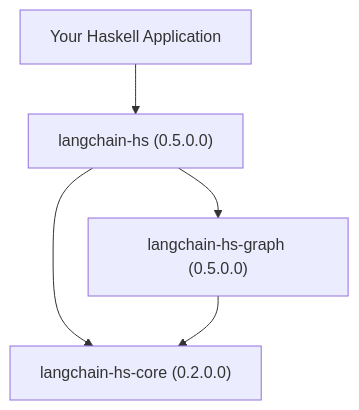
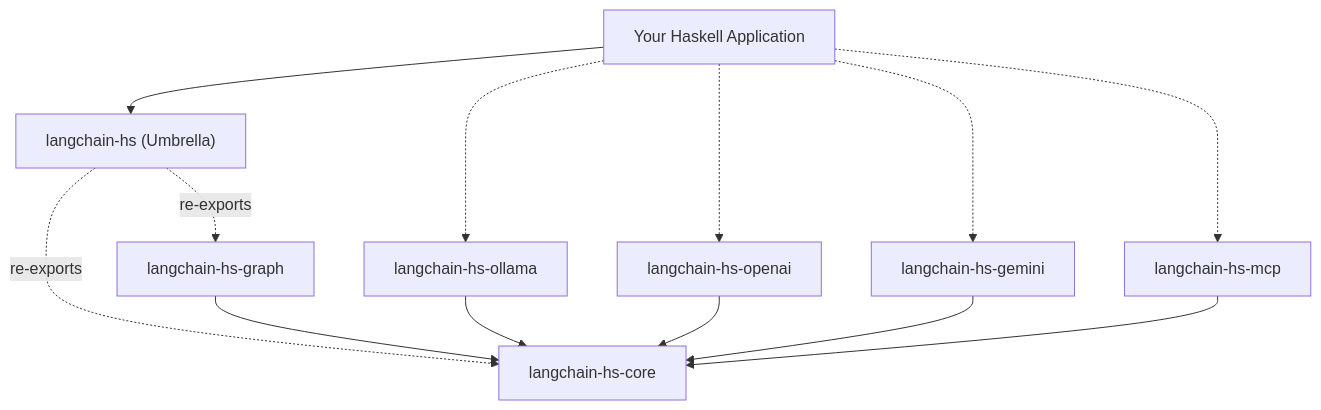
One commit to tusharad/langchain-hs changed the diagram in site/api/packages.md. Above: the diagram before and after it, drawn with Mermaid. The commit also changed other lines of this file and 405 other files, not shown here.

````diff
--- a/site/api/packages.md
+++ b/site/api/packages.md
@@ -21,7 +25,17 @@
 ```mermaid
 flowchart TD
-    App[Your Haskell Application] --> LangchainHs["langchain-hs (0.5.0.0)"]
-    LangchainHs --> LangchainHsGraph["langchain-hs-graph (0.5.0.0)"]
-    LangchainHs --> LangchainHsCore["langchain-hs-core (0.2.0.0)"]
+    App[Your Haskell Application] --> LangchainHs["langchain-hs (Umbrella)"]
+    App -.-> Ollama["langchain-hs-ollama"]
+    App -.-> OpenAI["langchain-hs-openai"]
+    App -.-> Gemini["langchain-hs-gemini"]
+    App -.-> MCP["langchain-hs-mcp"]
+    
+    LangchainHs -.->|re-exports| LangchainHsGraph["langchain-hs-graph"]
+    LangchainHs -.->|re-exports| LangchainHsCore["langchain-hs-core"]
     LangchainHsGraph --> LangchainHsCore
+    
+    Ollama --> LangchainHsCore
+    OpenAI --> LangchainHsCore
+    Gemini --> LangchainHsCore
+    MCP --> LangchainHsCore
 ```
````
